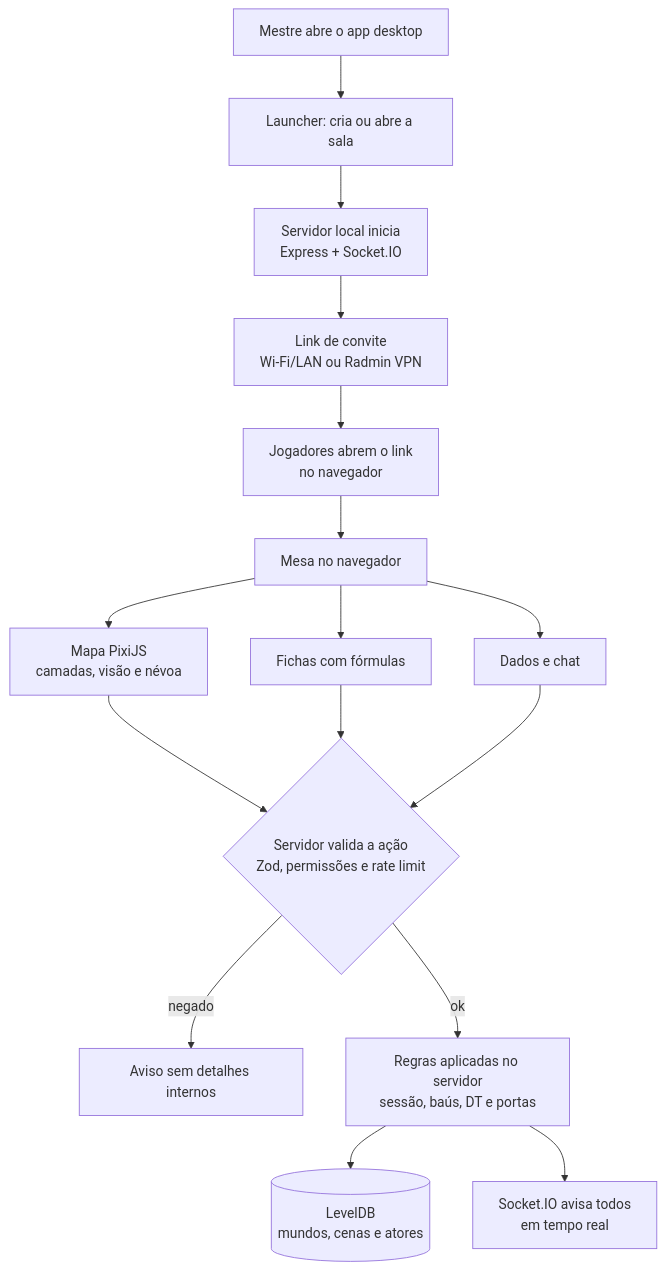
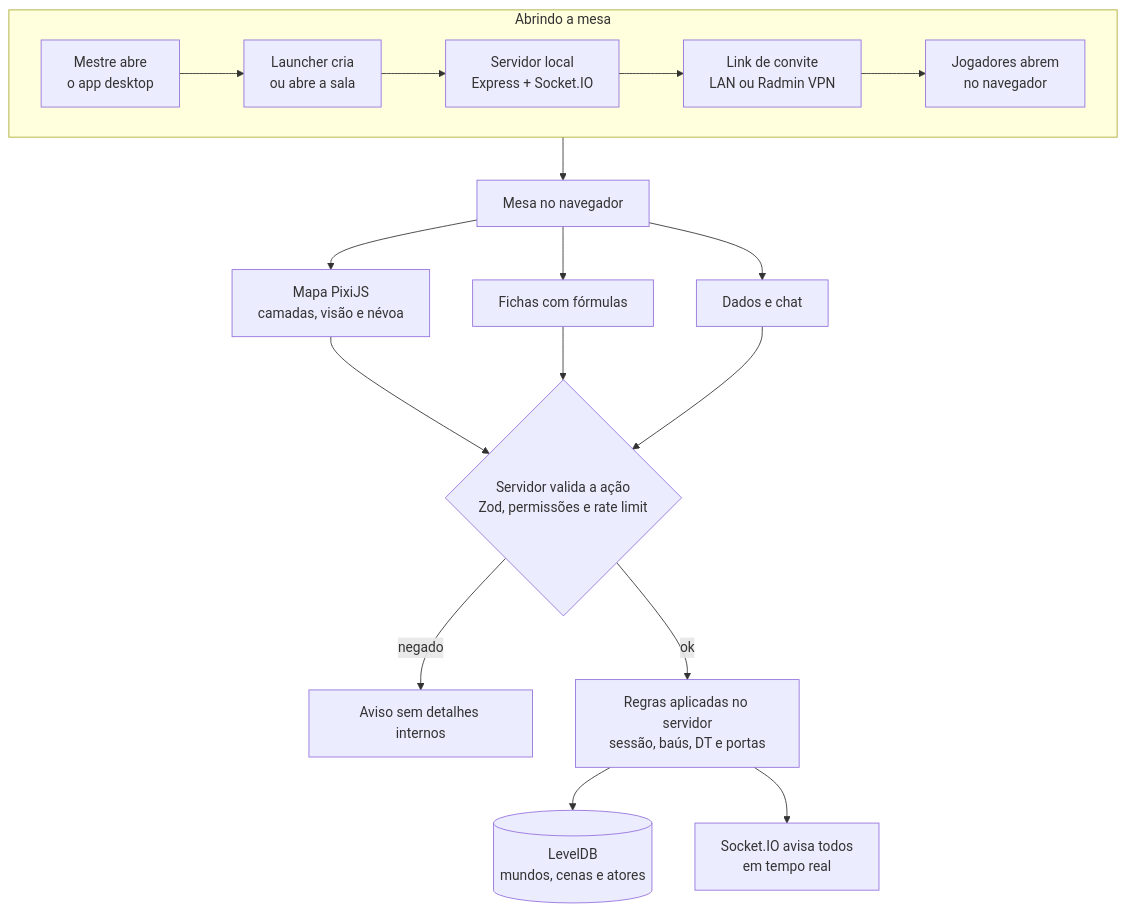
The diagram in README.md (KairoHenrique/MimicDice-VTT), drawn with Mermaid before and after one commit.

Commit message:
docs: fluxograma mais compacto no README

````diff
--- a/README.md
+++ b/README.md
@@ -105,21 +105,25 @@
 ```mermaid
 flowchart TD
-    A["Mestre abre o app desktop"] --> B["Launcher: cria ou abre a sala"]
-    B --> C["Servidor local inicia<br/>Express + Socket.IO"]
-    C --> D["Link de convite<br/>Wi-Fi/LAN ou Radmin VPN"]
-    D --> E["Jogadores abrem o link<br/>no navegador"]
-    E --> F["Mesa no navegador"]
+    subgraph Abrir["Abrindo a mesa"]
+        direction LR
+        A["Mestre abre<br/>o app desktop"] --> B["Launcher cria<br/>ou abre a sala"]
+        B --> C["Servidor local<br/>Express + Socket.IO"]
+        C --> D["Link de convite<br/>LAN ou Radmin VPN"]
+        D --> E["Jogadores abrem<br/>no navegador"]
+    end
+
+    Abrir --> F["Mesa no navegador"]
 
     F --> G["Mapa PixiJS<br/>camadas, visão e névoa"]
     F --> H["Fichas com fórmulas"]
     F --> I["Dados e chat"]
 
     G --> J{"Servidor valida a ação<br/>Zod, permissões e rate limit"}
     H --> J
     I --> J
 
     J -->|negado| K["Aviso sem detalhes internos"]
     J -->|ok| L["Regras aplicadas no servidor<br/>sessão, baús, DT e portas"]
     L --> M[("LevelDB<br/>mundos, cenas e atores")]
     L --> N["Socket.IO avisa todos<br/>em tempo real"]
 ```
````
